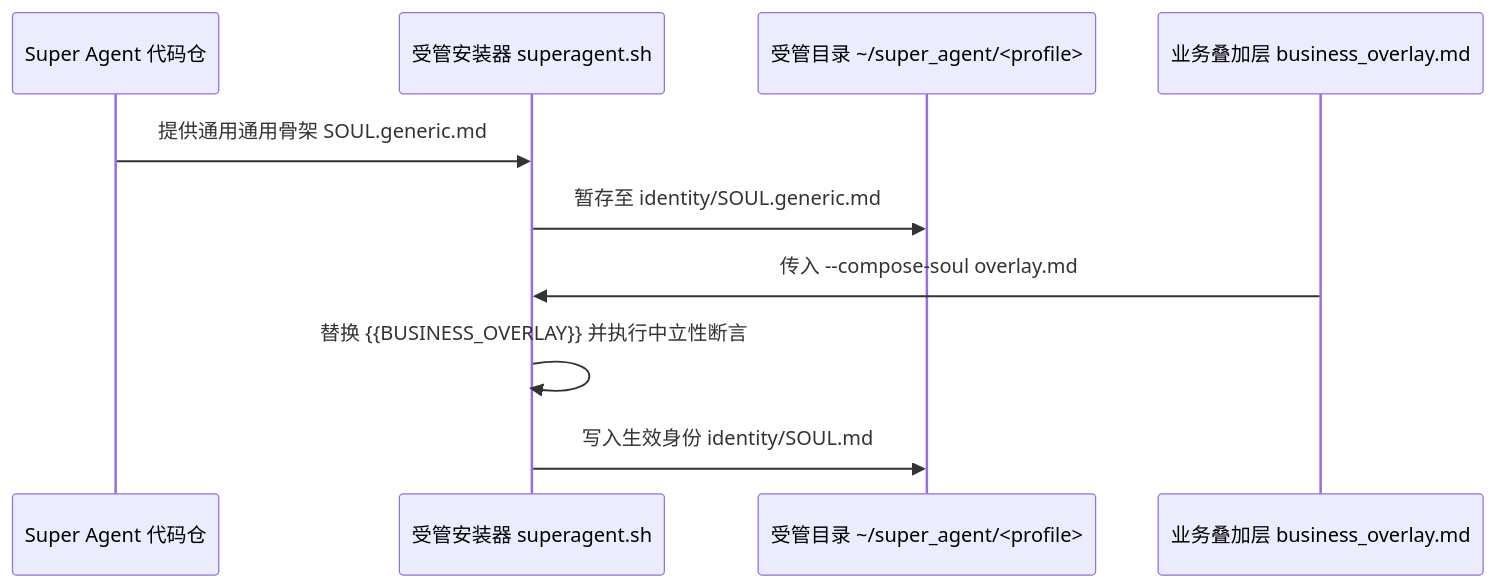
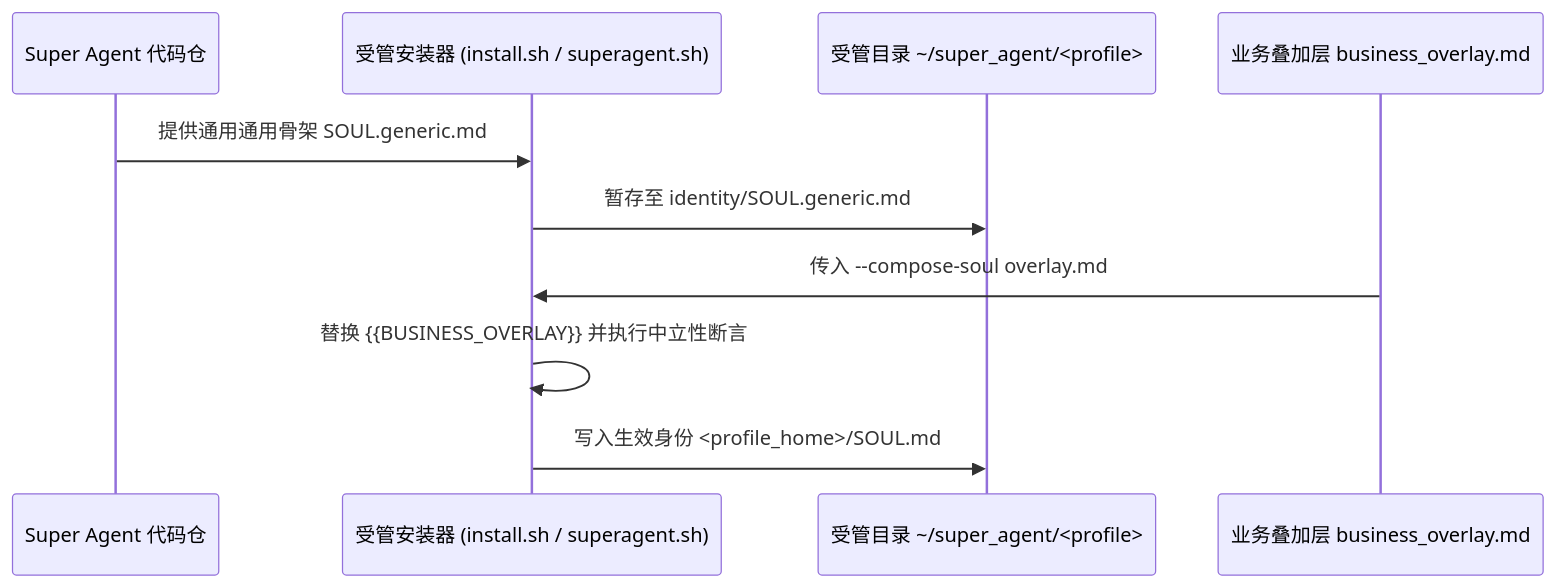
One commit to caixuf/super-agent changed the diagram in docs/DEPLOY.md. Above: the diagram before and after it, drawn with Mermaid. The commit also changed other lines of this file and 24 other files, not shown here.

````diff
--- a/docs/DEPLOY.md
+++ b/docs/DEPLOY.md
@@ -75,13 +114,13 @@
 ```mermaid
 sequenceDiagram
     participant Repo as Super Agent 代码仓
-    participant Installer as 受管安装器 superagent.sh
+    participant Installer as 受管安装器 (install.sh / superagent.sh)
     participant Staging as 受管目录 ~/super_agent/<profile>
     participant Overlay as 业务叠加层 business_overlay.md
 
     Repo->>Installer: 提供通用通用骨架 SOUL.generic.md
     Installer->>Staging: 暂存至 identity/SOUL.generic.md
     Overlay->>Installer: 传入 --compose-soul overlay.md
     Installer->>Installer: 替换 {{BUSINESS_OVERLAY}} 并执行中立性断言
-    Installer->>Staging: 写入生效身份 identity/SOUL.md
+    Installer->>Staging: 写入生效身份 <profile_home>/SOUL.md
 ```
````
